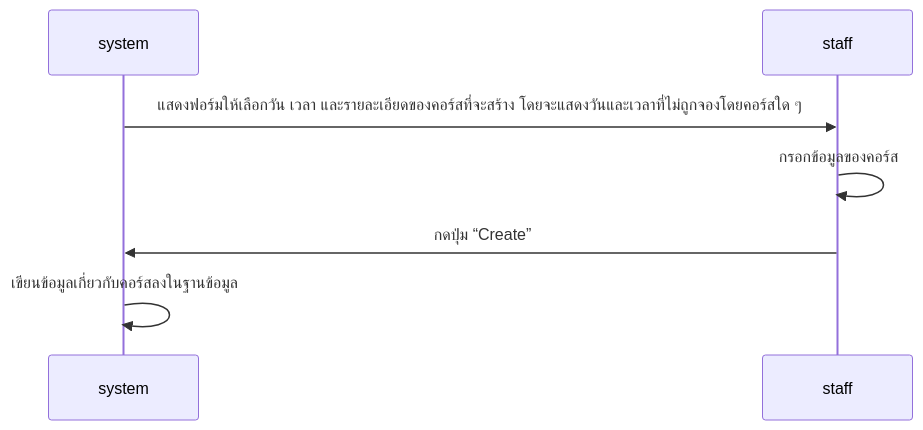
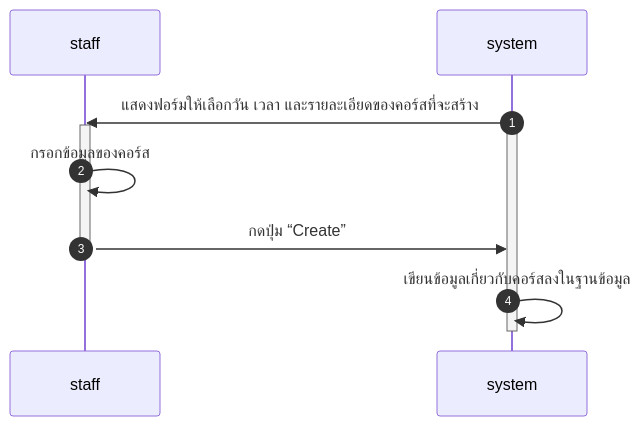
The diagram in design/diagrams/aqkids-sequences-uc-2.mmd (SaluteKevin/AQkid), drawn with Mermaid before and after one commit. The commit also changed 5 other files, not shown here.

Commit message:
Update UC 1-3 sequences

```diff
--- a/design/diagrams/aqkids-sequences-uc-2.mmd
+++ b/design/diagrams/aqkids-sequences-uc-2.mmd
@@ -1,7 +1,12 @@
 sequenceDiagram
+autonumber
+    participant staff
     participant system
-    participant staff
-    system->>staff: แสดงฟอร์มให้เลือกวัน เวลา และรายละเอียดของคอร์สที่จะสร้าง โดยจะแสดงวันและเวลาที่ไม่ถูกจองโดยคอร์สใด ๆ
+    system->>staff: แสดงฟอร์มให้เลือกวัน เวลา และรายละเอียดของคอร์สที่จะสร้าง
+    activate system
+    activate staff
     staff->>staff: กรอกข้อมูลของคอร์ส
     staff->>system: กดปุ่ม “Create”
+    deactivate staff
     system->>system: เขียนข้อมูลเกี่ยวกับคอร์สลงในฐานข้อมูล
+    deactivate system
```
